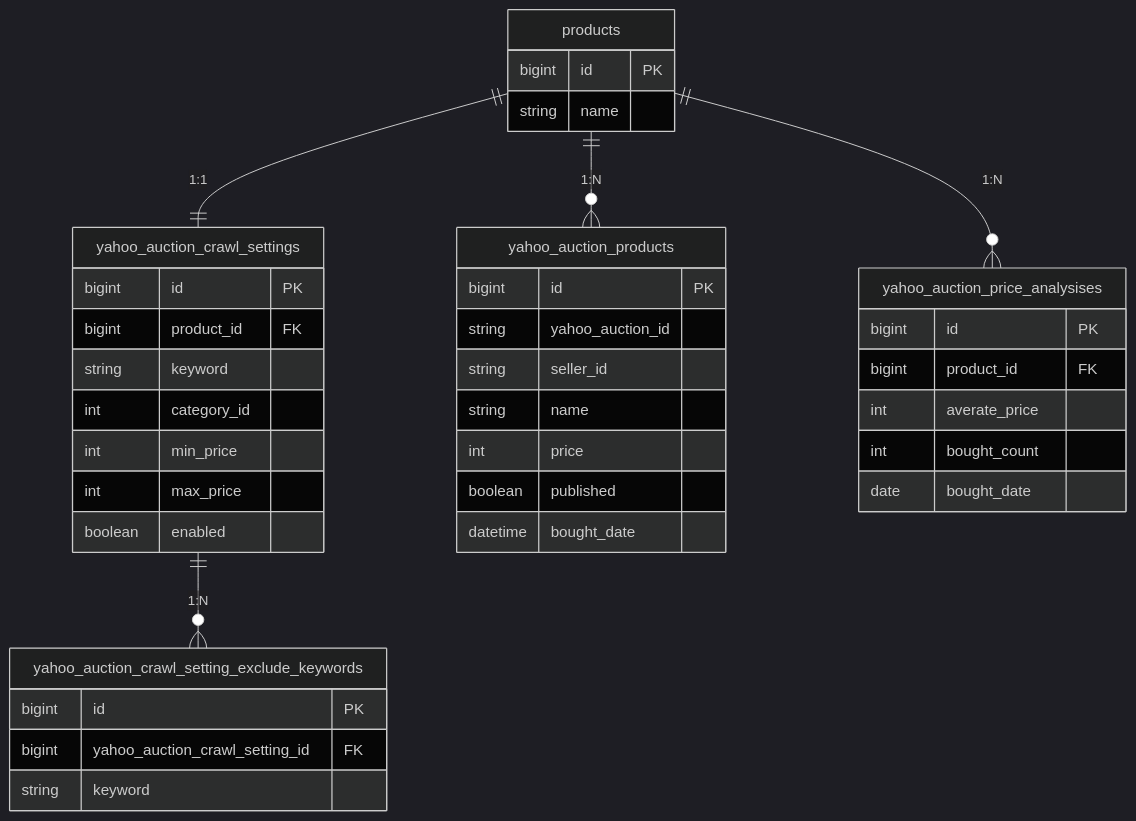
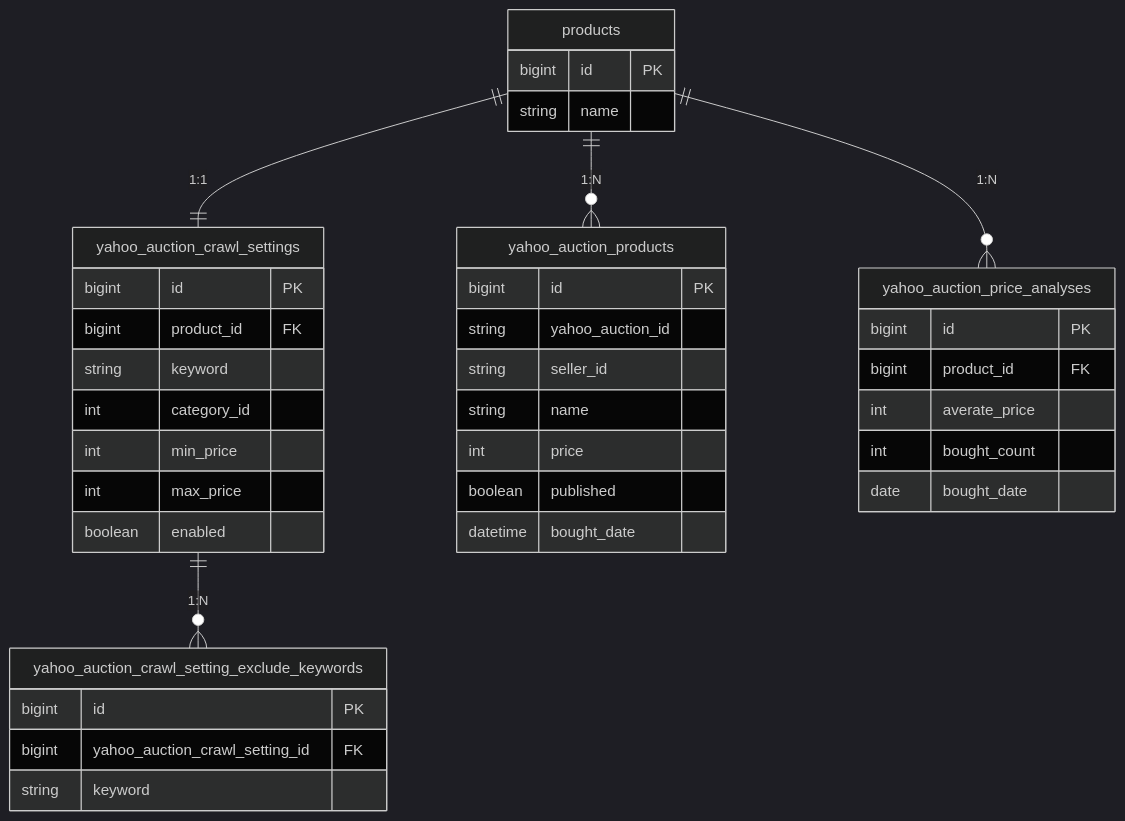
One commit to kuroweb/price-monitoring changed the second of 4 diagrams in README.md. Above: the diagram before and after it, drawn with Mermaid (dark theme). The commit also changed other lines of this file, not shown here.

````diff
--- a/README.md
+++ b/README.md
@@ -78,42 +78,42 @@
 ```mermaid
 erDiagram
   products {
     bigint id PK
     string name
   }
   yahoo_auction_crawl_settings {
     bigint id PK
     bigint product_id FK
     string keyword
     int category_id
     int min_price
     int max_price
     boolean enabled
   }
   yahoo_auction_crawl_setting_exclude_keywords {
     bigint id PK
     bigint yahoo_auction_crawl_setting_id FK
     string keyword
   }
   yahoo_auction_products {
     bigint id PK
     string yahoo_auction_id
     string seller_id
     string name
     int price
     boolean published
     datetime bought_date
   }
-  yahoo_auction_price_analysises {
+  yahoo_auction_price_analyses {
     bigint id PK
     bigint product_id FK
     int averate_price
     int bought_count
     date bought_date
   }
 
   products ||--|| yahoo_auction_crawl_settings : "1:1"
   yahoo_auction_crawl_settings ||--o{ yahoo_auction_crawl_setting_exclude_keywords : "1:N"
   products ||--o{ yahoo_auction_products : "1:N"
-  products ||--o{ yahoo_auction_price_analysises : "1:N"
+  products ||--o{ yahoo_auction_price_analyses : "1:N"
 ```
````
